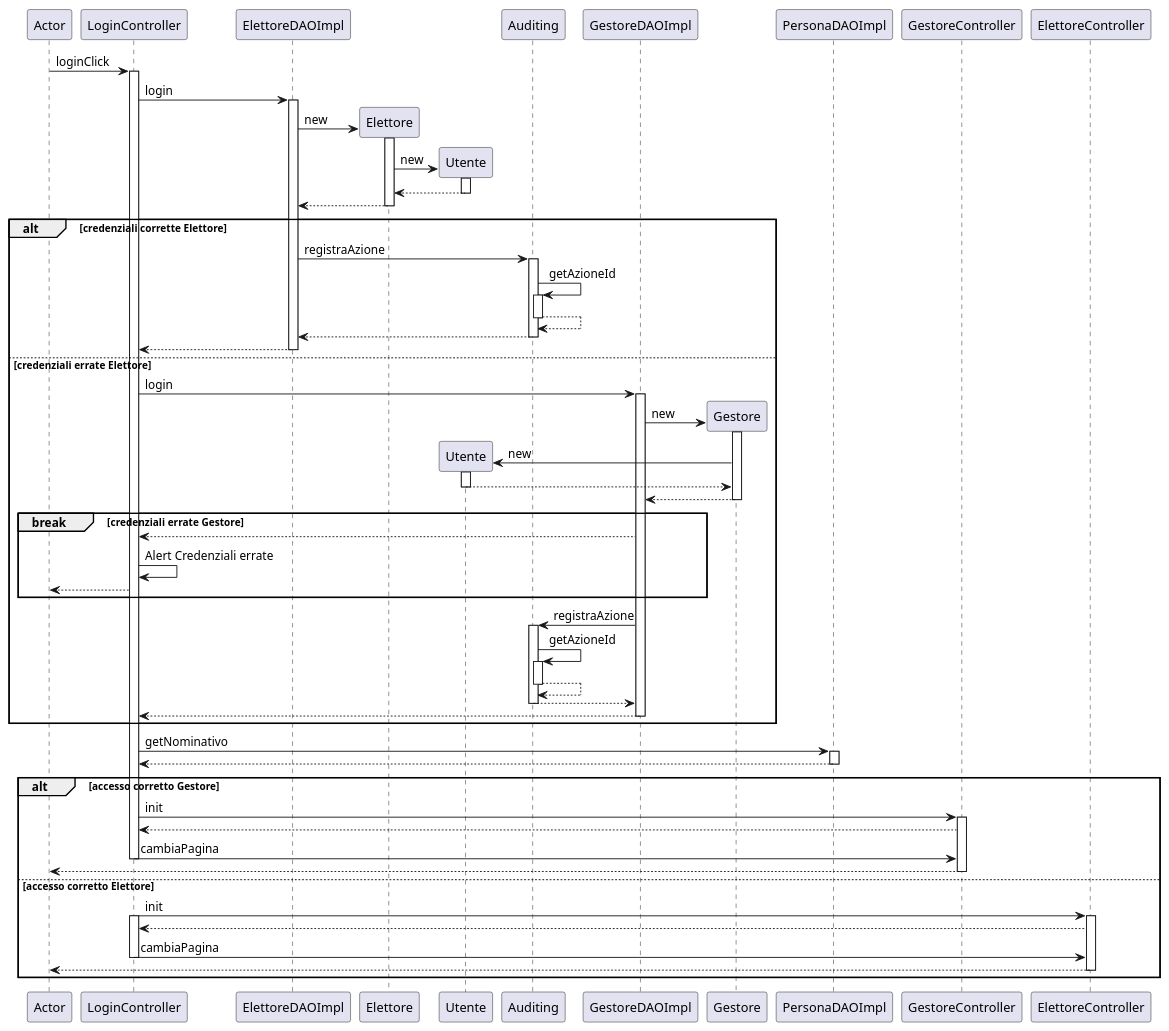
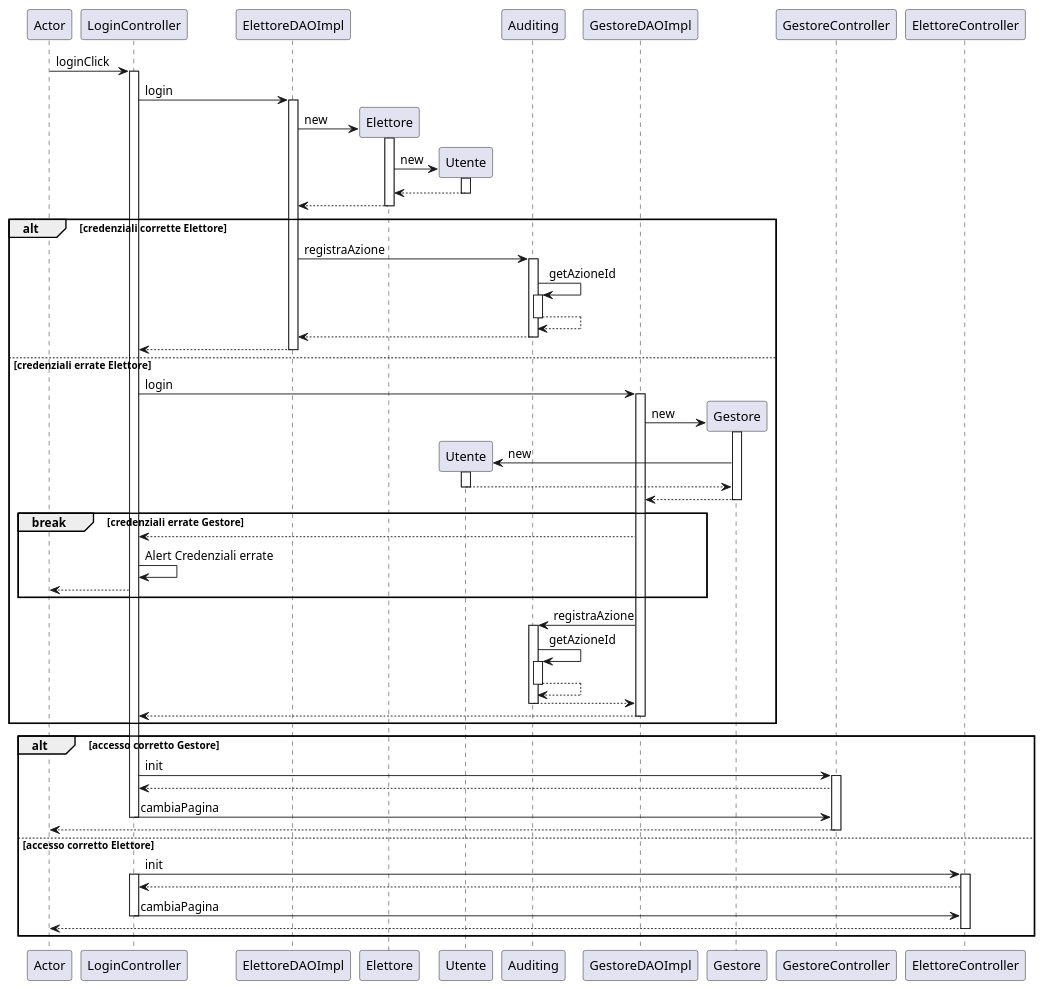
Before and after one commit to maurotella/SistemaVotoElettronico: the diagram in Diagrammi/LoginController_loginClick.puml, drawn with PlantUML. The commit also changed 12 other files, not shown here.

```diff
--- a/Diagrammi/LoginController_loginClick.puml
+++ b/Diagrammi/LoginController_loginClick.puml
@@ -1,96 +1,91 @@
 @startuml
 participant Actor
 Actor -> LoginController : loginClick
 activate LoginController
 LoginController -> ElettoreDAOImpl : login
 activate ElettoreDAOImpl
 create Elettore
 ElettoreDAOImpl -> Elettore : new
 activate Elettore
 create Utente
 Elettore -> Utente : new
 activate Utente
 Utente --> Elettore
 deactivate Utente
 Elettore --> ElettoreDAOImpl
 deactivate Elettore
 
 alt credenziali corrette Elettore
 
     ElettoreDAOImpl -> Auditing : registraAzione
     activate Auditing
     Auditing -> Auditing : getAzioneId
     activate Auditing
     Auditing --> Auditing
     deactivate Auditing
     Auditing --> ElettoreDAOImpl
     deactivate Auditing
     ElettoreDAOImpl --> LoginController
     deactivate ElettoreDAOImpl
 
 else credenziali errate Elettore
 
     LoginController -> GestoreDAOImpl : login
     activate GestoreDAOImpl
     create Gestore
     GestoreDAOImpl -> Gestore : new
     activate Gestore
     create Utente
     Gestore -> Utente : new
     activate Utente
     Utente --> Gestore
     deactivate Utente
     Gestore --> GestoreDAOImpl
     deactivate Gestore
 
     break credenziali errate Gestore
 
         GestoreDAOImpl --> LoginController
         LoginController -> LoginController : Alert Credenziali errate
         LoginController --> Actor
     
     end
 
     GestoreDAOImpl -> Auditing : registraAzione
     activate Auditing
     Auditing -> Auditing : getAzioneId
     activate Auditing
     Auditing --> Auditing
     deactivate Auditing
     Auditing --> GestoreDAOImpl
     deactivate Auditing
     GestoreDAOImpl --> LoginController
 
     deactivate GestoreDAOImpl
 
 end
 
-LoginController -> PersonaDAOImpl : getNominativo
-activate PersonaDAOImpl
-PersonaDAOImpl --> LoginController
-deactivate PersonaDAOImpl
-
 alt accesso corretto Gestore
 
     LoginController -> GestoreController : init
     activate GestoreController
     GestoreController --> LoginController
     LoginController -> GestoreController : cambiaPagina
     deactivate LoginController
     GestoreController --> Actor
     deactivate GestoreController
 
 else accesso corretto Elettore
 
     LoginController -> ElettoreController : init
     activate LoginController
     activate ElettoreController
     ElettoreController --> LoginController
     LoginController -> ElettoreController : cambiaPagina
     deactivate LoginController
     ElettoreController --> Actor
     deactivate ElettoreController
 
 end
 
 @enduml
```
